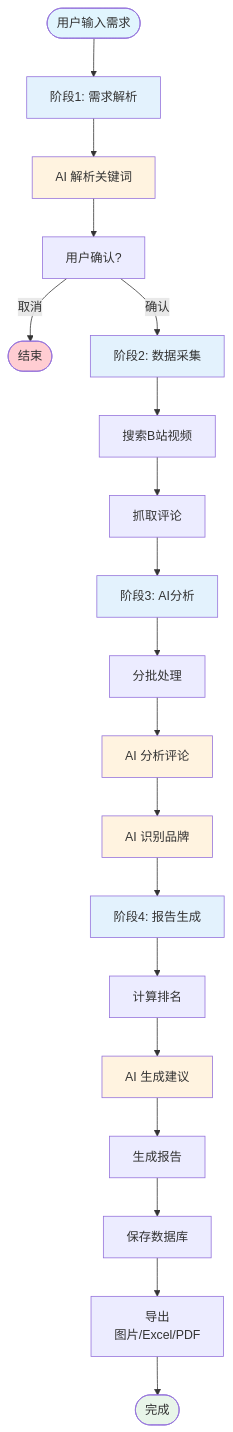
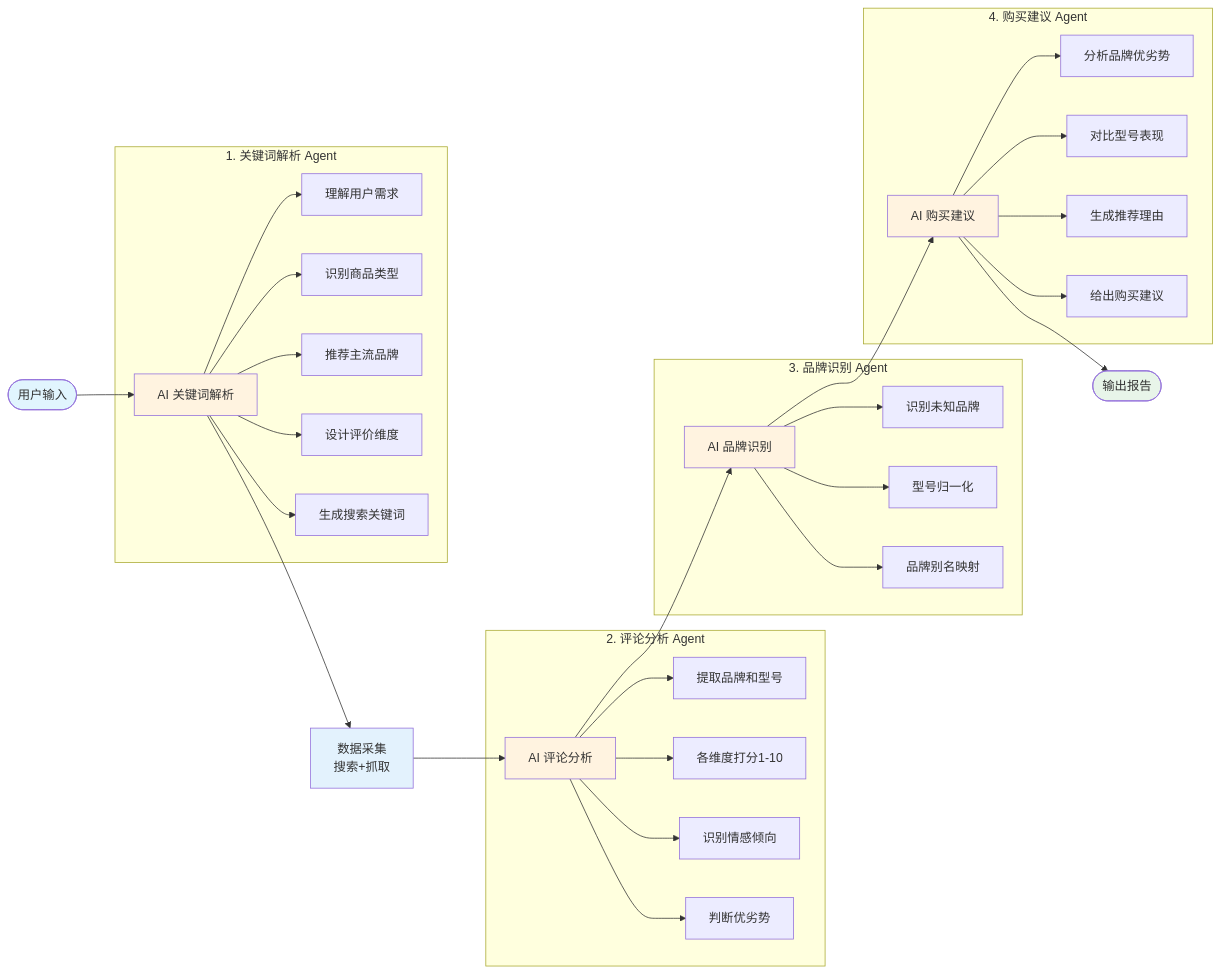
One commit to ShellMonster/BiliOpinion changed the second of 9 diagrams in README.md. Above: the diagram before and after it, drawn with Mermaid. The commit also changed other lines of this file, not shown here.

Commit message:
docs: 更新Agent调用流程图为横向布局，更新推荐模型为gemini-3-flash-preview

````diff
--- a/README.md
+++ b/README.md
@@ -96,38 +96,49 @@
 ```mermaid
-graph TD
-    START(["用户输入需求"]) --> PHASE1["阶段1: 需求解析"]
-    PHASE1 --> AI1["AI 解析关键词"]
+graph LR
+    subgraph "1. 关键词解析 Agent"
+        AI1["AI 关键词解析"]
+        AI1 --> T1["理解用户需求"]
+        AI1 --> T2["识别商品类型"]
+        AI1 --> T3["推荐主流品牌"]
+        AI1 --> T4["设计评价维度"]
+        AI1 --> T5["生成搜索关键词"]
+    end
 
-    AI1 --> CONFIRM["用户确认?"]
-    CONFIRM -->|"取消"| END(["结束"])
-    CONFIRM -->|"确认"| PHASE2["阶段2: 数据采集"]
+    subgraph "2. 评论分析 Agent"
+        AI2["AI 评论分析"]
+        AI2 --> A1["提取品牌和型号"]
+        AI2 --> A2["各维度打分1-10"]
+        AI2 --> A3["识别情感倾向"]
+        AI2 --> A4["判断优劣势"]
+    end
 
-    PHASE2 --> SEARCH["搜索B站视频"]
-    SEARCH --> SCRAPE["抓取评论"]
-    SCRAPE --> PHASE3["阶段3: AI分析"]
+    subgraph "3. 品牌识别 Agent"
+        AI3["AI 品牌识别"]
+        AI3 --> B1["识别未知品牌"]
+        AI3 --> B2["型号归一化"]
+        AI3 --> B3["品牌别名映射"]
+    end
 
-    PHASE3 --> BATCH["分批处理"]
-    BATCH --> AI2["AI 分析评论"]
-    AI2 --> AI3["AI 识别品牌"]
+    subgraph "4. 购买建议 Agent"
+        AI4["AI 购买建议"]
+        AI4 --> R1["分析品牌优劣势"]
+        AI4 --> R2["对比型号表现"]
+        AI4 --> R3["生成推荐理由"]
+        AI4 --> R4["给出购买建议"]
+    end
 
-    AI3 --> PHASE4["阶段4: 报告生成"]
-    PHASE4 --> RANK["计算排名"]
-    RANK --> AI4["AI 生成建议"]
-    AI4 --> REPORT["生成报告"]
+    USER(["用户输入"]) --> AI1
+    AI1 --> DATA["数据采集<br/>搜索+抓取"]
+    DATA --> AI2
+    AI2 --> AI3
+    AI3 --> AI4
+    AI4 --> OUT(["输出报告"])
 
-    REPORT --> SAVE["保存数据库"]
-    SAVE --> EXPORT["导出<br/>图片/Excel/PDF"]
-    EXPORT --> COMPLETE(["完成"])
-
-    style START fill:#e1f5fe
-    style COMPLETE fill:#e8f5e9
-    style END fill:#ffcdd2
     style AI1 fill:#fff3e0
     style AI2 fill:#fff3e0
     style AI3 fill:#fff3e0
     style AI4 fill:#fff3e0
-    style PHASE1 fill:#e3f2fd
-    style PHASE2 fill:#e3f2fd
-    style PHASE3 fill:#e3f2fd
-    style PHASE4 fill:#e3f2fd
+    style USER fill:#e1f5fe
+    style OUT fill:#e8f5e9
+    style DATA fill:#e3f2fd
 ```
````
